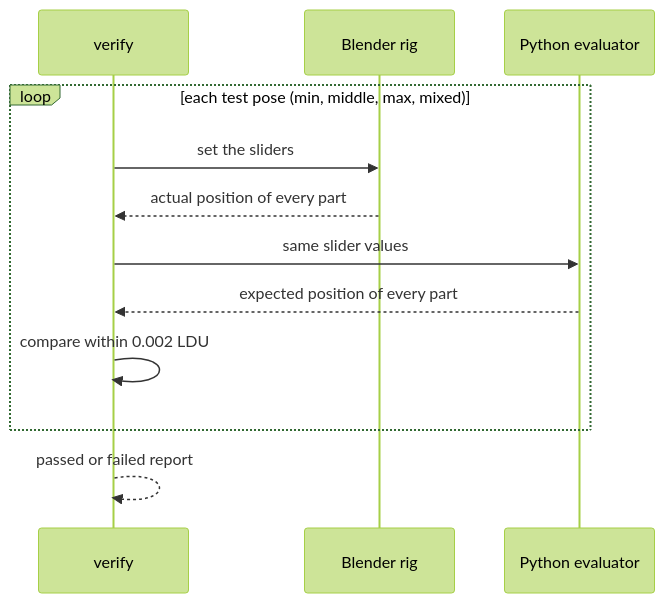
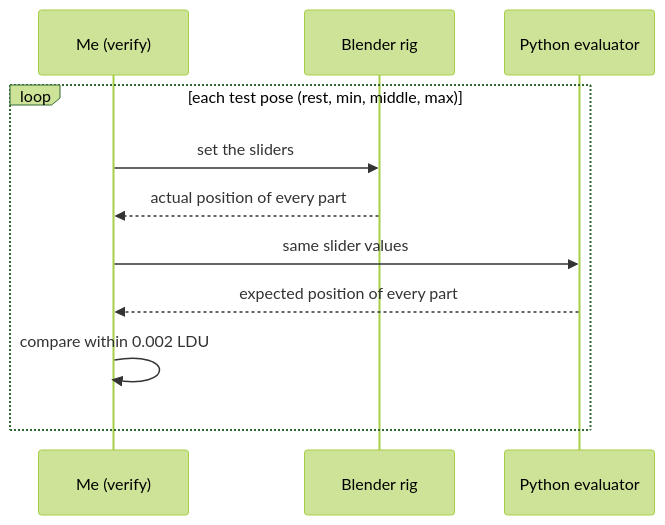
Diagram 17 of 25 in docs/how-it-works.md (anteloc/ldraw-mecha), drawn with Mermaid (forest theme) before and after one commit. The commit also changed other lines of this file and 1 other file, not shown here.

Commit message:
Opus 5.5 - report rewritten as if in first person narrating process

````diff
--- a/docs/how-it-works.md
+++ b/docs/how-it-works.md
@@ -521,14 +574,13 @@
 ```mermaid
 sequenceDiagram
-    participant V as verify
+    participant Me as Me (verify)
     participant B as Blender rig
     participant P as Python evaluator
-    loop each test pose (min, middle, max, mixed)
-        V->>B: set the sliders
-        B-->>V: actual position of every part
-        V->>P: same slider values
-        P-->>V: expected position of every part
-        V->>V: compare within 0.002 LDU
+    loop each test pose (rest, min, middle, max)
+        Me->>B: set the sliders
+        B-->>Me: actual position of every part
+        Me->>P: same slider values
+        P-->>Me: expected position of every part
+        Me->>Me: compare within 0.002 LDU
     end
-    V-->>V: passed or failed report
 ```
````
